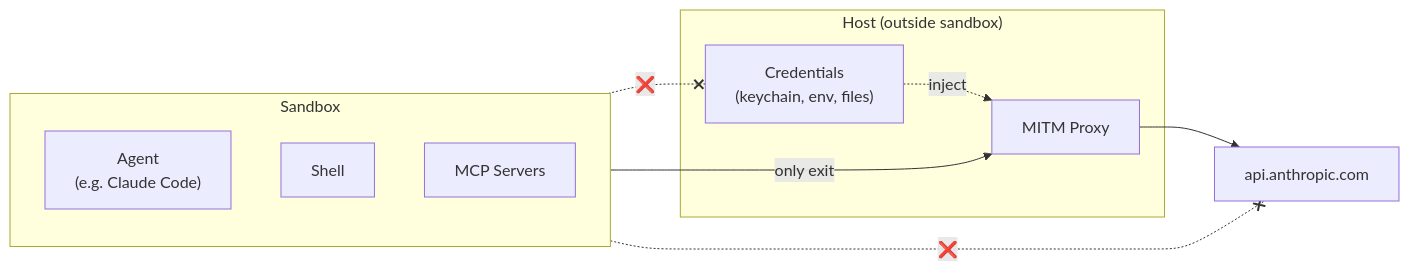
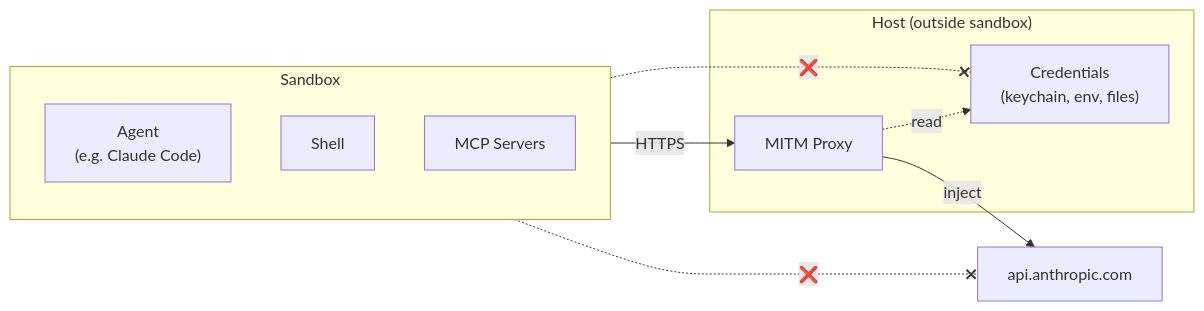
One commit to thepwagner-org/nix-jail changed the first of 3 diagrams in slides.md. Above: the diagram before and after it, drawn with Mermaid.

Commit message:
slides: fix arrow labels - HTTPS, read, inject
🤖 Generated with [Claude Code](https://claude.com/claude-code)

````diff
--- a/slides.md
+++ b/slides.md
@@ -5,22 +5,22 @@
 ```mermaid
 flowchart LR
     subgraph Sandbox
         Agent["Agent<br/>(e.g. Claude Code)"]
         Shell["Shell"]
         MCP["MCP Servers"]
     end
 
     subgraph Host["Host (outside sandbox)"]
         Proxy["MITM Proxy"]
         Creds["Credentials<br/>(keychain, env, files)"]
     end
 
     Internet["api.anthropic.com"]
 
-    Sandbox -->|"only exit"| Proxy
-    Creds -.->|"inject"| Proxy
-    Proxy --> Internet
+    Sandbox -->|"HTTPS"| Proxy
+    Proxy -.->|"read"| Creds
+    Proxy -->|"inject"| Internet
 
     Sandbox -.-x|"❌"| Internet
     Sandbox -.-x|"❌"| Creds
 ```
````
